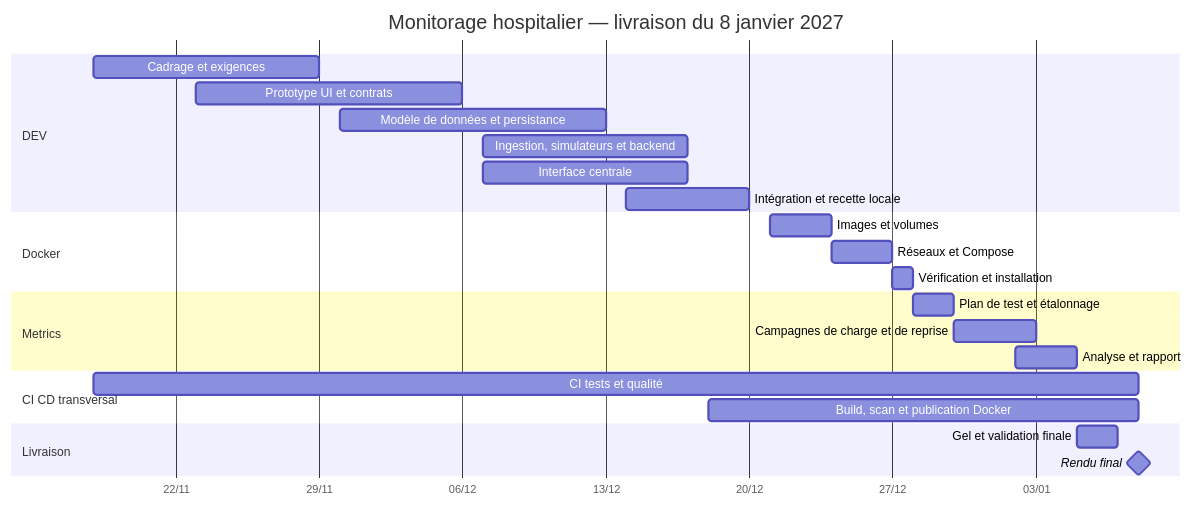
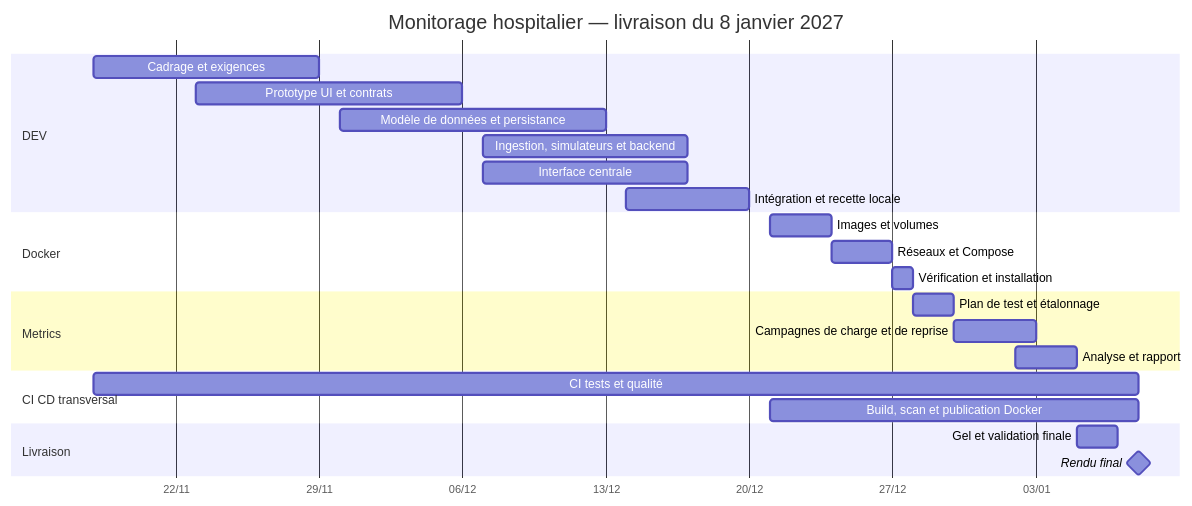
Before and after one commit to Hicha-m/simulation-remote-medical-monitoring: the diagram in docs/analyse/monitorage-hospitalier/13-pilotage-projet/03-gantt-generique.md, drawn with Mermaid. The commit also changed other lines of this file, not shown here.

Commit message:
docs(project): correct sequential phase dates in Gantt

```diff
--- a/docs/analyse/monitorage-hospitalier/13-pilotage-projet/03-gantt-generique.md
+++ b/docs/analyse/monitorage-hospitalier/13-pilotage-projet/03-gantt-generique.md
@@ -46,32 +46,32 @@
 ~~~mermaid
 gantt
     title Monitorage hospitalier — livraison du 8 janvier 2027
     dateFormat YYYY-MM-DD
     axisFormat %d/%m
 
     section DEV
     Cadrage et exigences                  :a1, 2026-11-18, 2026-11-29
     Prototype UI et contrats              :a2, 2026-11-23, 2026-12-06
     Modèle de données et persistance      :a3, 2026-11-30, 2026-12-13
     Ingestion, simulateurs et backend     :a4, 2026-12-07, 2026-12-17
     Interface centrale                    :a5, 2026-12-07, 2026-12-17
     Intégration et recette locale         :a6, 2026-12-14, 2026-12-20
 
     section Docker
     Images et volumes                     :b1, 2026-12-21, 3d
     Réseaux et Compose                    :b2, 2026-12-24, 3d
     Vérification et installation          :b3, 2026-12-27, 1d
 
     section Metrics
     Plan de test et étalonnage            :c1, 2026-12-28, 2d
     Campagnes de charge et de reprise     :c2, 2026-12-30, 4d
     Analyse et rapport                    :c3, 2027-01-02, 3d
 
     section CI CD transversal
     CI tests et qualité                   :d1, 2026-11-18, 2027-01-08
-    Build, scan et publication Docker     :d2, 2026-12-18, 2027-01-08
+    Build, scan et publication Docker     :d2, 2026-12-21, 18d
 
     section Livraison
     Gel et validation finale              :e1, 2027-01-05, 2027-01-07
     Rendu final                           :milestone, e2, 2027-01-08, 0d
 ~~~
```
